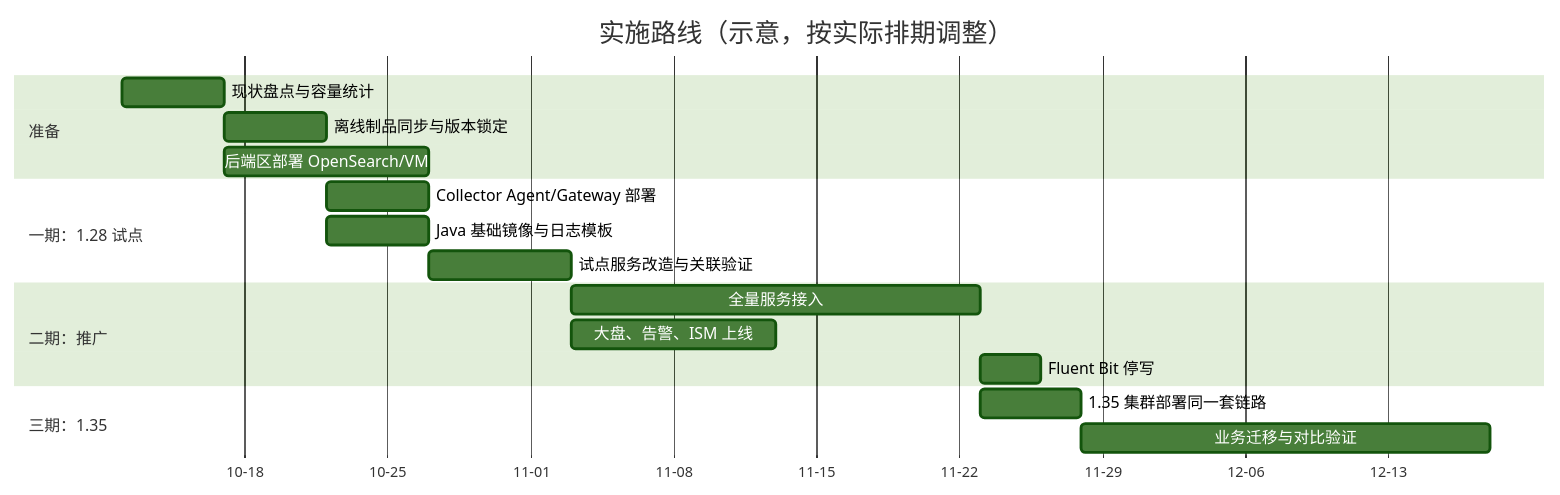
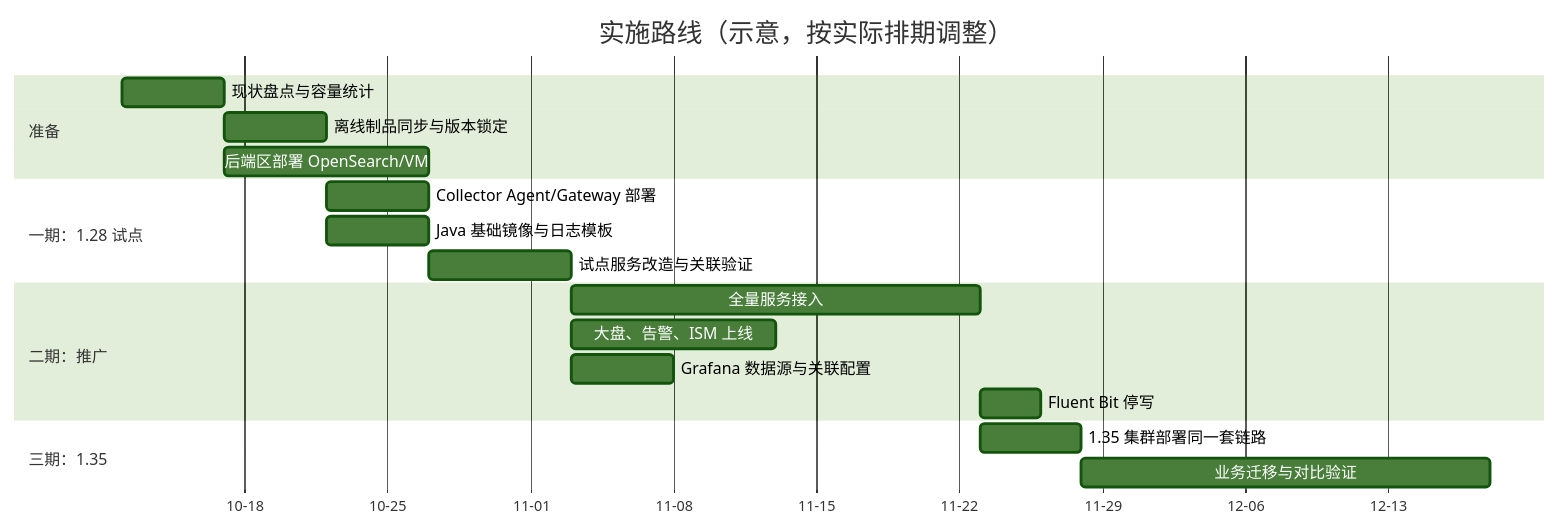
Diagram 19 of 19 in observability/docs/otel-observability-architecture.md (fatfatcd/myInfra), drawn with Mermaid (forest theme) before and after one commit. The commit also changed other lines of this file and 65 other files, not shown here.

````diff
--- a/observability/docs/otel-observability-architecture.md
+++ b/observability/docs/otel-observability-architecture.md
@@ -775,22 +1051,23 @@
 ```mermaid
 gantt
     title 实施路线（示意，按实际排期调整）
     dateFormat YYYY-MM-DD
     axisFormat %m-%d
     todayMarker off
     section 准备
     现状盘点与容量统计          :a1, 2026-10-12, 5d
     离线制品同步与版本锁定      :a2, after a1, 5d
     后端区部署 OpenSearch/VM    :a3, after a1, 10d
     section 一期：1.28 试点
     Collector Agent/Gateway 部署 :b1, after a2, 5d
     Java 基础镜像与日志模板      :b2, after a2, 5d
     试点服务改造与关联验证       :b3, after b1, 7d
     section 二期：推广
     全量服务接入                 :c1, after b3, 20d
     大盘、告警、ISM 上线         :c2, after b3, 10d
+    Grafana 数据源与关联配置     :c4, after b3, 5d
     Fluent Bit 停写              :c3, after c1, 3d
     section 三期：1.35
     1.35 集群部署同一套链路      :d1, after c1, 5d
     业务迁移与对比验证           :d2, after d1, 20d
 ```
````
